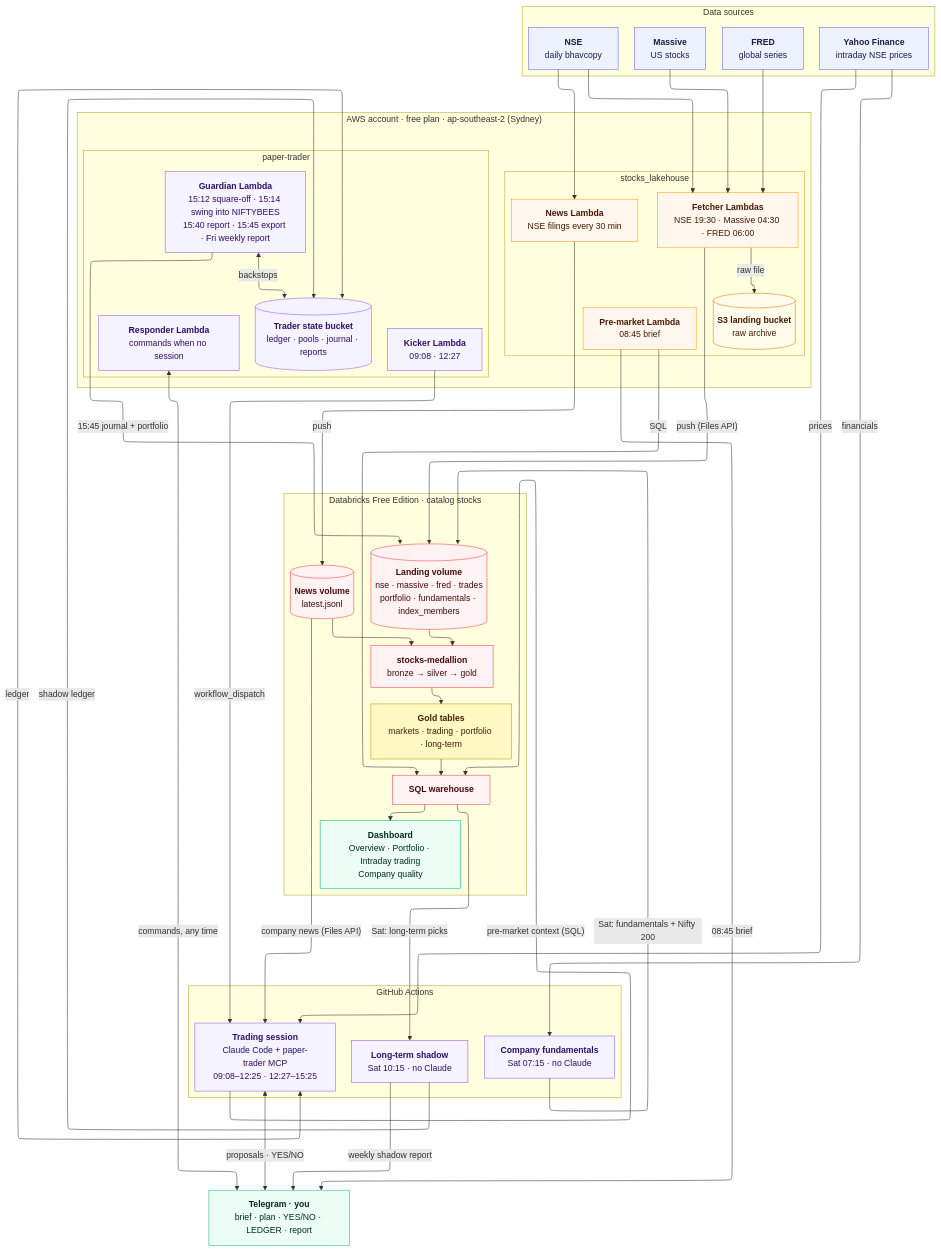
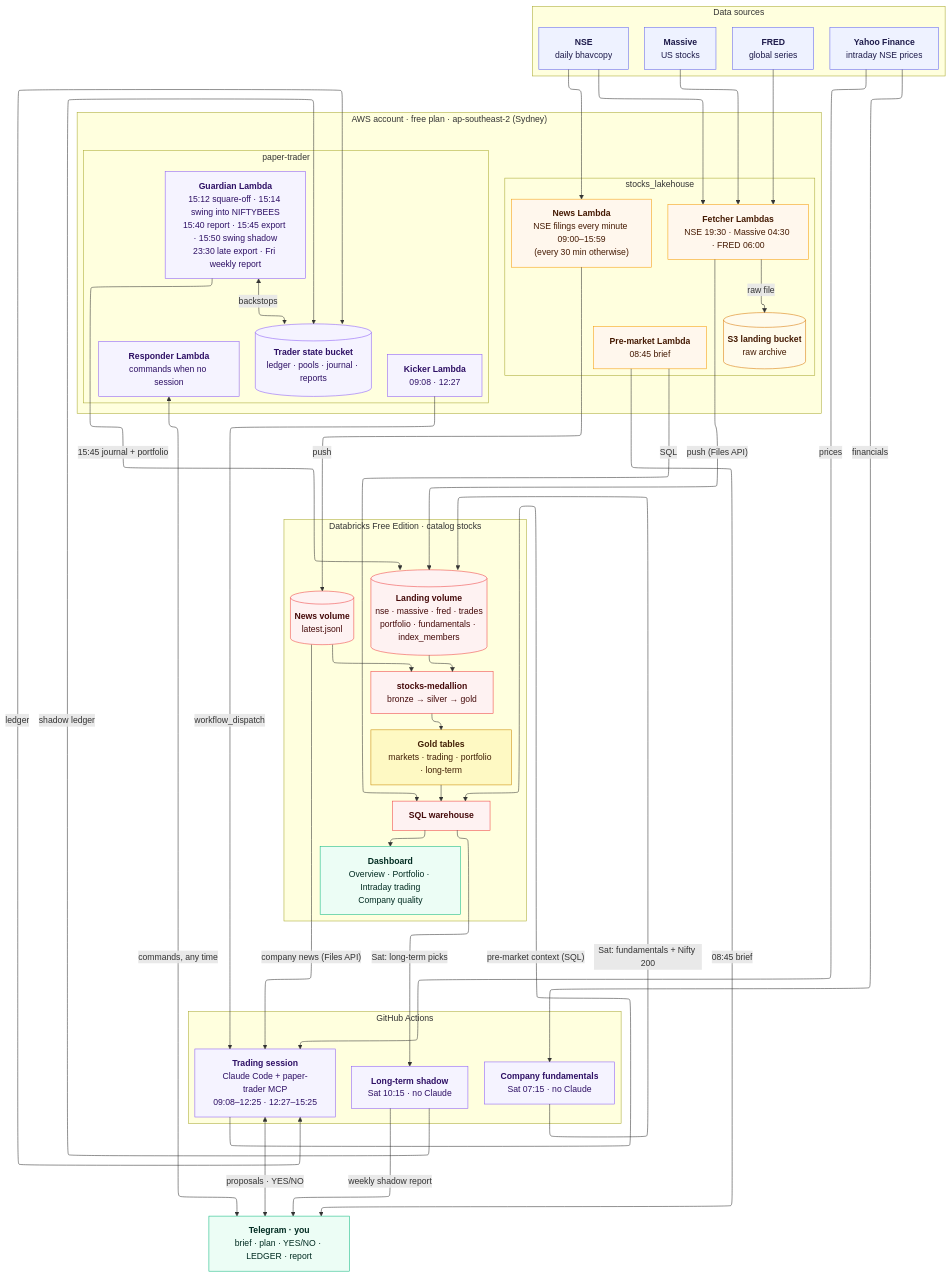
The diagram in docs/diagrams/05_platform.mmd (bumblebee26/stocks_lakehouse), drawn with Mermaid before and after one commit. The commit also changed 6 other files, not shown here.

First line of the commit message:
Docs: diagrams show news every minute in market hours, 15:50 swing shadow, 23:30 late export (#34)

```diff
--- a/docs/diagrams/05_platform.mmd
+++ b/docs/diagrams/05_platform.mmd
@@ -1,94 +1,94 @@
 ---
 config:
   layout: elk
   elk:
     mergeEdges: false
     nodePlacementStrategy: NETWORK_SIMPLEX
 ---
 %% Shared platform view: stocks_lakehouse + paper-trader.
 %% The same file lives in bumblebee26/paper-trader as docs/diagrams/01_platform.mmd; keep them identical.
 %% Secrets (SSM) and deployments (CI/CD) are left out on purpose: see 04_cicd and the security tables.
 flowchart TB
     subgraph SRC["Data sources"]
         direction LR
         NSE["<b>NSE</b><br/>daily bhavcopy"]
         MAS["<b>Massive</b><br/>US stocks"]
         FRED["<b>FRED</b><br/>global series"]
         YF["<b>Yahoo Finance</b><br/>intraday NSE prices"]
     end
 
     subgraph AWS["AWS account · free plan · ap-southeast-2 (Sydney)"]
         direction LR
         subgraph LHA["stocks_lakehouse"]
             direction TB
             FET["<b>Fetcher Lambdas</b><br/>NSE 19:30 · Massive 04:30 · FRED 06:00"]
             S3L[("<b>S3 landing bucket</b><br/>raw archive")]
             PM["<b>Pre-market Lambda</b><br/>08:45 brief"]
-            NEWS["<b>News Lambda</b><br/>NSE filings every 30 min"]
+            NEWS["<b>News Lambda</b><br/>NSE filings every minute 09:00–15:59<br/>(every 30 min otherwise)"]
         end
         subgraph PTA["paper-trader"]
             direction TB
             KICK["<b>Kicker Lambda</b><br/>09:08 · 12:27"]
-            GUARD["<b>Guardian Lambda</b><br/>15:12 square-off · 15:14 swing into NIFTYBEES<br/>15:40 report · 15:45 export · Fri weekly report"]
+            GUARD["<b>Guardian Lambda</b><br/>15:12 square-off · 15:14 swing into NIFTYBEES<br/>15:40 report · 15:45 export · 15:50 swing shadow<br/>23:30 late export · Fri weekly report"]
             S3T[("<b>Trader state bucket</b><br/>ledger · pools · journal · reports")]
             RESP["<b>Responder Lambda</b><br/>commands when no session"]
         end
     end
 
     subgraph GHA["GitHub Actions"]
         direction TB
         SESS["<b>Trading session</b><br/>Claude Code + paper-trader MCP<br/>09:08–12:25 · 12:27–15:25"]
         FUND["<b>Company fundamentals</b><br/>Sat 07:15 · no Claude"]
         SHAD["<b>Long-term shadow</b><br/>Sat 10:15 · no Claude"]
     end
 
     subgraph DBX["Databricks Free Edition · catalog stocks"]
         direction TB
         VOL[("<b>Landing volume</b><br/>nse · massive · fred · trades<br/>portfolio · fundamentals · index_members")]
         NVOL[("<b>News volume</b><br/>latest.jsonl")]
         PIPE["<b>stocks-medallion</b><br/>bronze → silver → gold"]
         GOLD["<b>Gold tables</b><br/>markets · trading · portfolio · long-term"]
         WH["<b>SQL warehouse</b>"]
         DASH["<b>Dashboard</b><br/>Overview · Portfolio · Intraday trading<br/>Company quality"]
         VOL --> PIPE --> GOLD --> WH --> DASH
         NVOL --> PIPE
     end
 
     TG["<b>Telegram · you</b><br/>brief · plan · YES/NO · LEDGER · report"]
 
     NSE & MAS & FRED --> FET
     FET -- "raw file" --> S3L
     FET -- "push (Files API)" --> VOL
     NSE --> NEWS
     NEWS -- "push" --> NVOL
     PM -- "SQL" --> WH
     PM -- "08:45 brief" --> TG
     KICK -- "workflow_dispatch" --> SESS
     SESS -- "pre-market context (SQL)" --> WH
     YF -- "prices" --> SESS
     NVOL -- "company news (Files API)" --> SESS
     YF -- "financials" --> FUND
     FUND -- "Sat: fundamentals + Nifty 200" --> VOL
     WH -- "Sat: long-term picks" --> SHAD
     SHAD -- "shadow ledger" --> S3T
     SHAD -- "weekly shadow report" --> TG
     SESS <-- "ledger" --> S3T
     SESS <-- "proposals · YES/NO" --> TG
     GUARD <-- "backstops" --> S3T
     GUARD -- "15:45 journal + portfolio" --> VOL
     RESP <-- "commands, any time" --> TG
 
     classDef ext fill:#eef2ff,stroke:#6366f1,color:#1e1b4b
     classDef aws fill:#fff7ed,stroke:#f59e0b,color:#451a03
     classDef store fill:#fffbeb,stroke:#d97706,color:#451a03
     classDef trader fill:#f5f3ff,stroke:#8b5cf6,color:#2e1065
     classDef dbx fill:#fef2f2,stroke:#ef4444,color:#450a0a
     classDef gold fill:#fef9c3,stroke:#ca8a04,color:#422006
     classDef out fill:#ecfdf5,stroke:#10b981,color:#022c22
     class NSE,MAS,FRED,YF ext
     class FET,PM,NEWS aws
     class S3L store
     class KICK,GUARD,S3T,SESS,RESP,FUND,SHAD trader
     class VOL,NVOL,PIPE,WH dbx
     class GOLD gold
     class DASH,TG out
```
